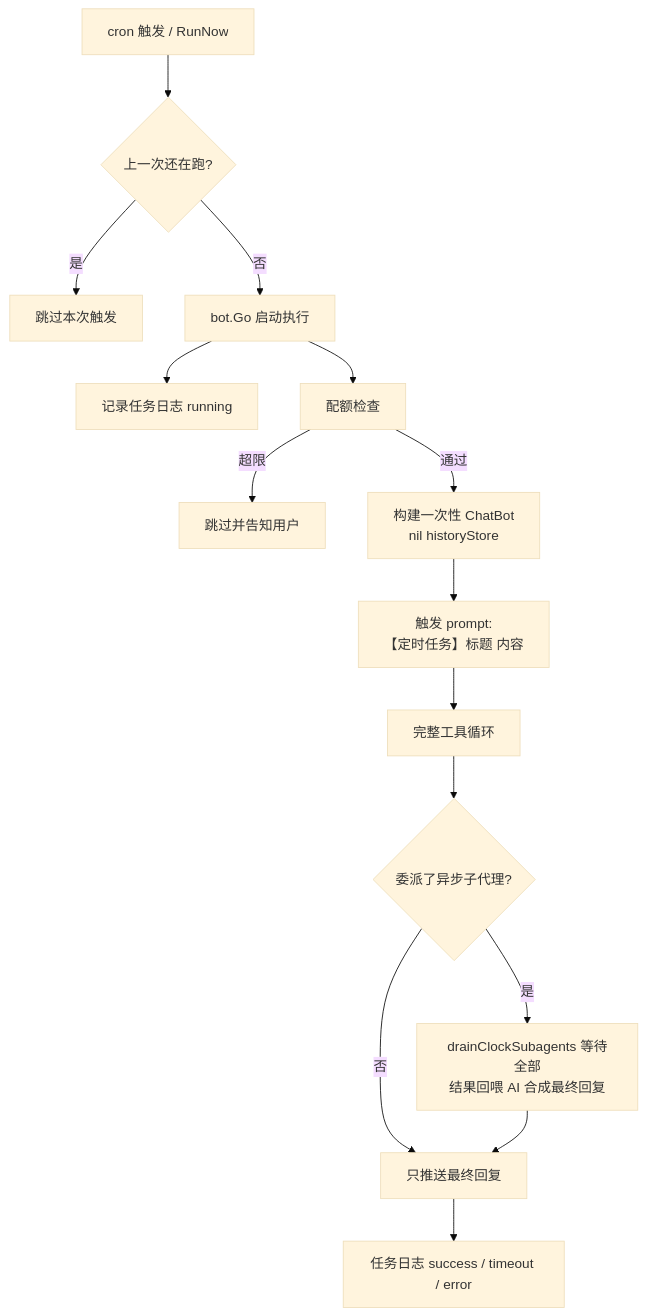
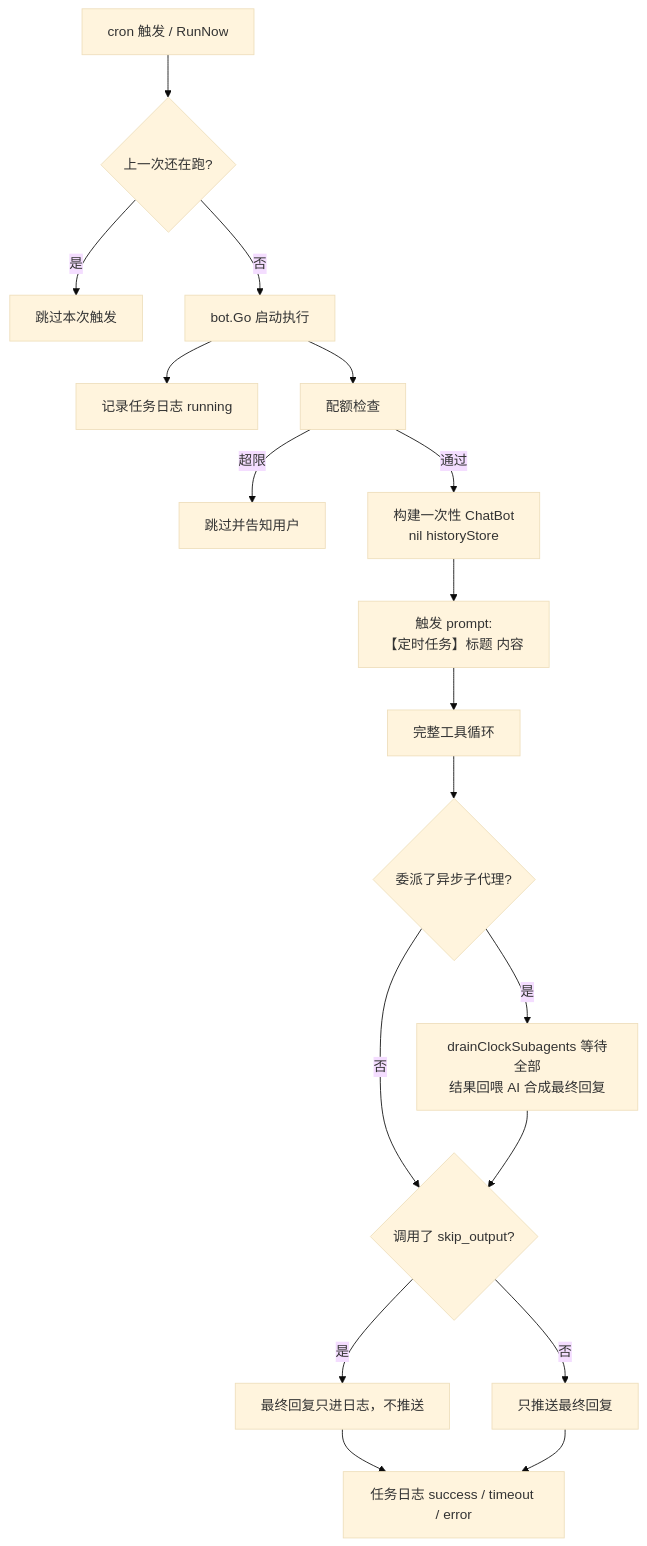
One commit to AniaBot-Project/AniaBot changed the second of 2 diagrams in docs/internals/agent-tools.md. Above: the diagram before and after it, drawn with Mermaid (base theme). The commit also changed other lines of this file and 9 other files, not shown here.

Commit message:
feat(clock): 新增 skip_output 工具，允许 AI 跳过定时任务的最终输出，仅保留执行日志

````diff
--- a/docs/internals/agent-tools.md
+++ b/docs/internals/agent-tools.md
@@ -142,17 +142,20 @@
 ```mermaid
 flowchart TB
     A[cron 触发 / RunNow] --> B{上一次还在跑?}
     B -->|是| C[跳过本次触发]
     B -->|否| D[bot.Go 启动执行]
     D --> E[记录任务日志 running]
     D --> F[配额检查]
     F -->|超限| G[跳过并告知用户]
     F -->|通过| H[构建一次性 ChatBot<br/>nil historyStore]
     H --> I[触发 prompt:<br/>【定时任务】标题 内容]
     I --> J[完整工具循环]
     J --> K{委派了异步子代理?}
     K -->|是| L[drainClockSubagents 等待全部<br/>结果回喂 AI 合成最终回复]
-    K -->|否| M[只推送最终回复]
+    K -->|否| M{调用了 skip_output?}
     L --> M
-    M --> N[任务日志 success / timeout / error]
+    M -->|是| N[最终回复只进日志，不推送]
+    M -->|否| O[只推送最终回复]
+    N --> P[任务日志 success / timeout / error]
+    O --> P
 ```
````
